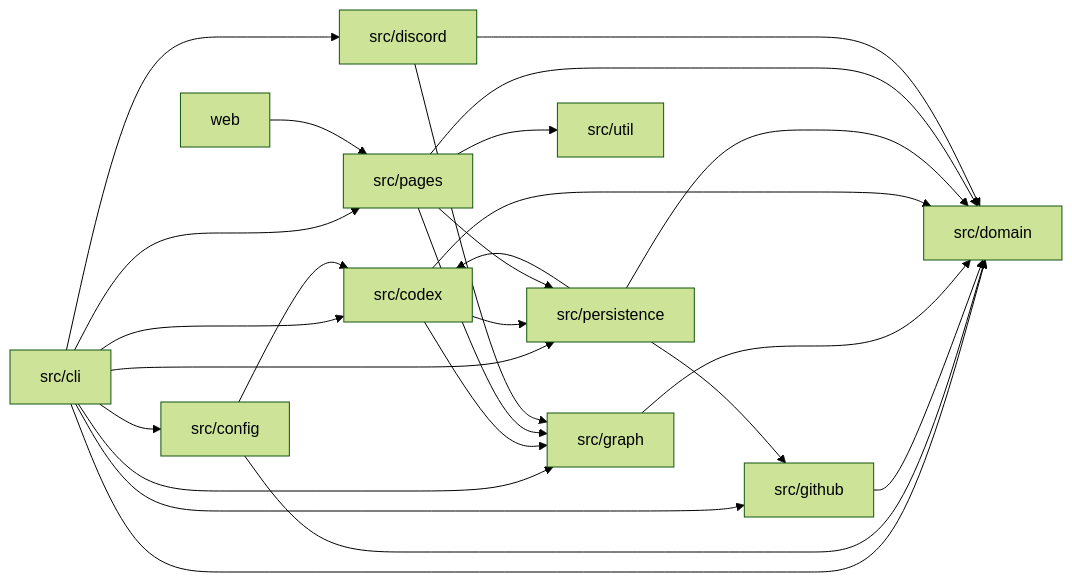
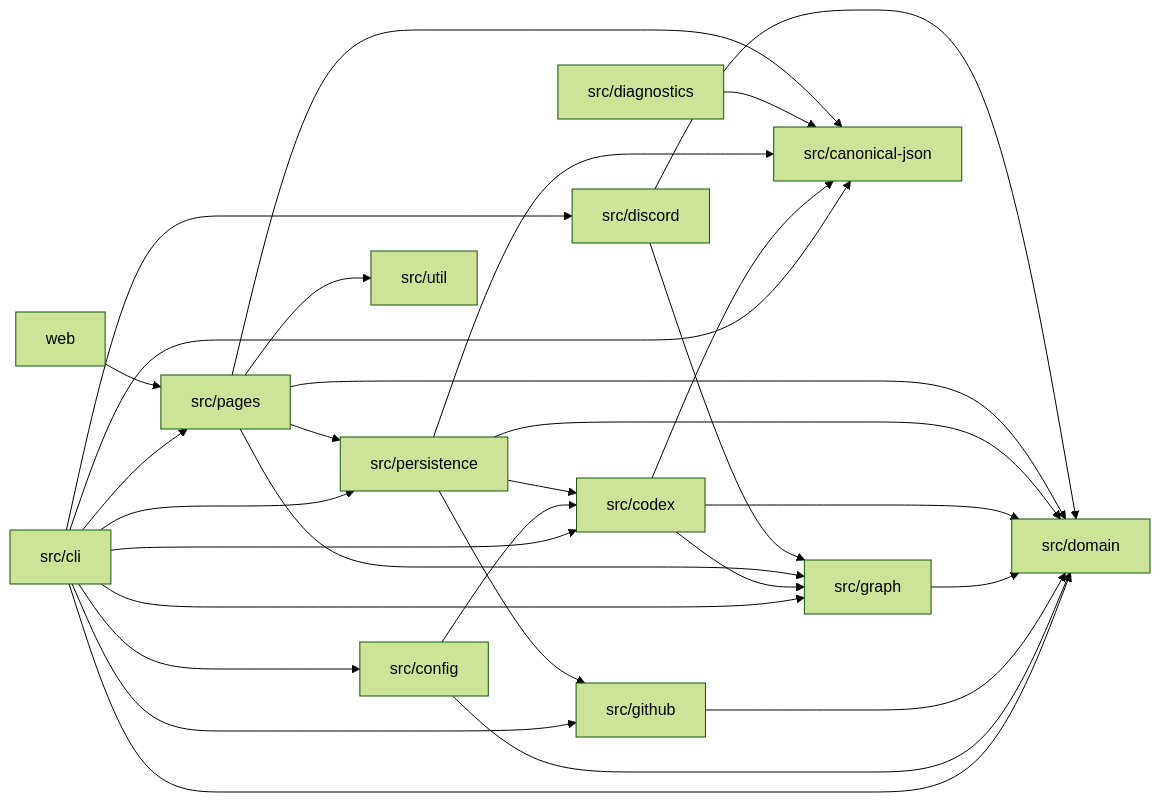
Before and after one commit to Hiroshiba/voicevox_task_tracker: the diagram in docs/ARCHITECTURE.md, drawn with Mermaid (forest theme). The commit also changed other lines of this file and 31 other files, not shown here.

````diff
--- a/docs/ARCHITECTURE.md
+++ b/docs/ARCHITECTURE.md
@@ -27,29 +28,34 @@
 ```mermaid
 flowchart LR
   CLI[src/cli] --> Config[src/config]
   CLI --> GitHub[src/github]
   CLI --> Domain[src/domain]
   CLI --> Graph[src/graph]
   CLI --> Codex[src/codex]
   CLI --> State[src/persistence]
+  CLI --> Canonical[src/canonical-json]
   CLI --> Pages[src/pages]
   CLI --> Discord[src/discord]
   Util[src/util]
+  Diagnostics[src/diagnostics]
   Config --> Codex
   Config --> Domain
   GitHub --> Domain
   Graph --> Domain
+  Codex --> Canonical
   Codex --> Domain
   Codex --> Graph
-  Codex --> State
+  State --> Canonical
   State --> Codex
   State --> Domain
   State --> GitHub
+  Diagnostics --> Canonical
+  Pages --> Canonical
   Pages --> Domain
   Pages --> Graph
   Pages --> State
   Pages --> Util
   Discord --> Domain
   Discord --> Graph
   Web[web] --> Pages
 ```
````
